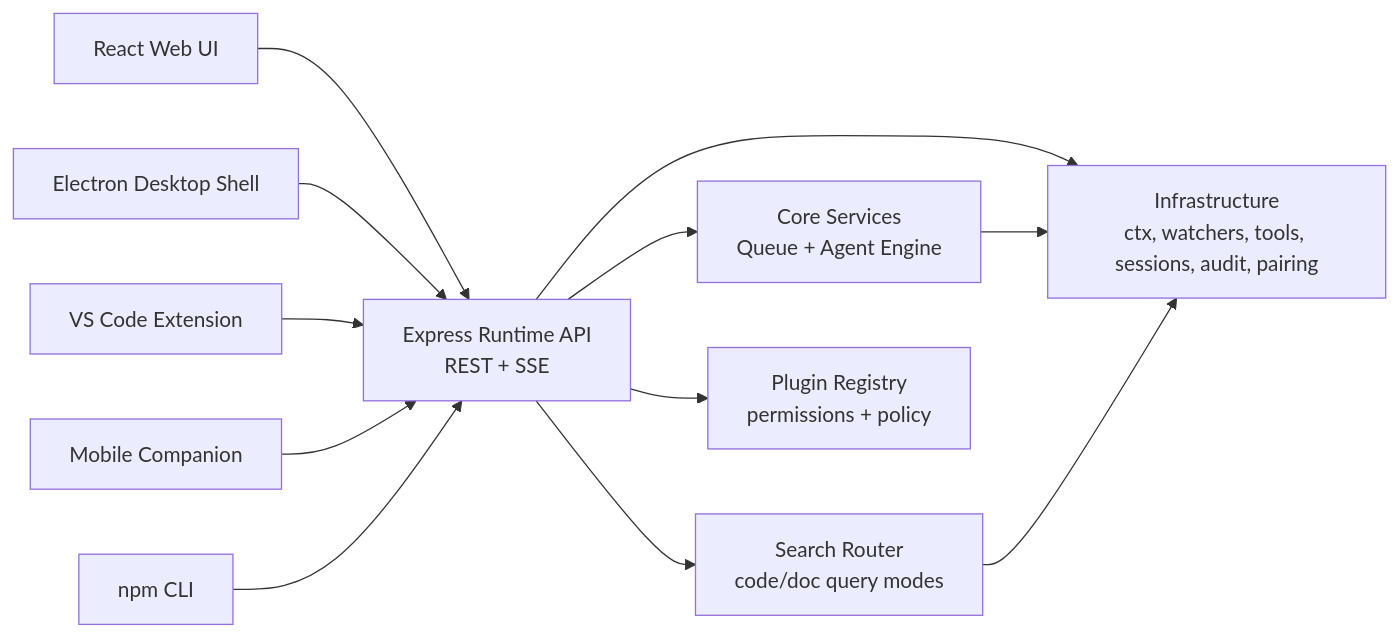
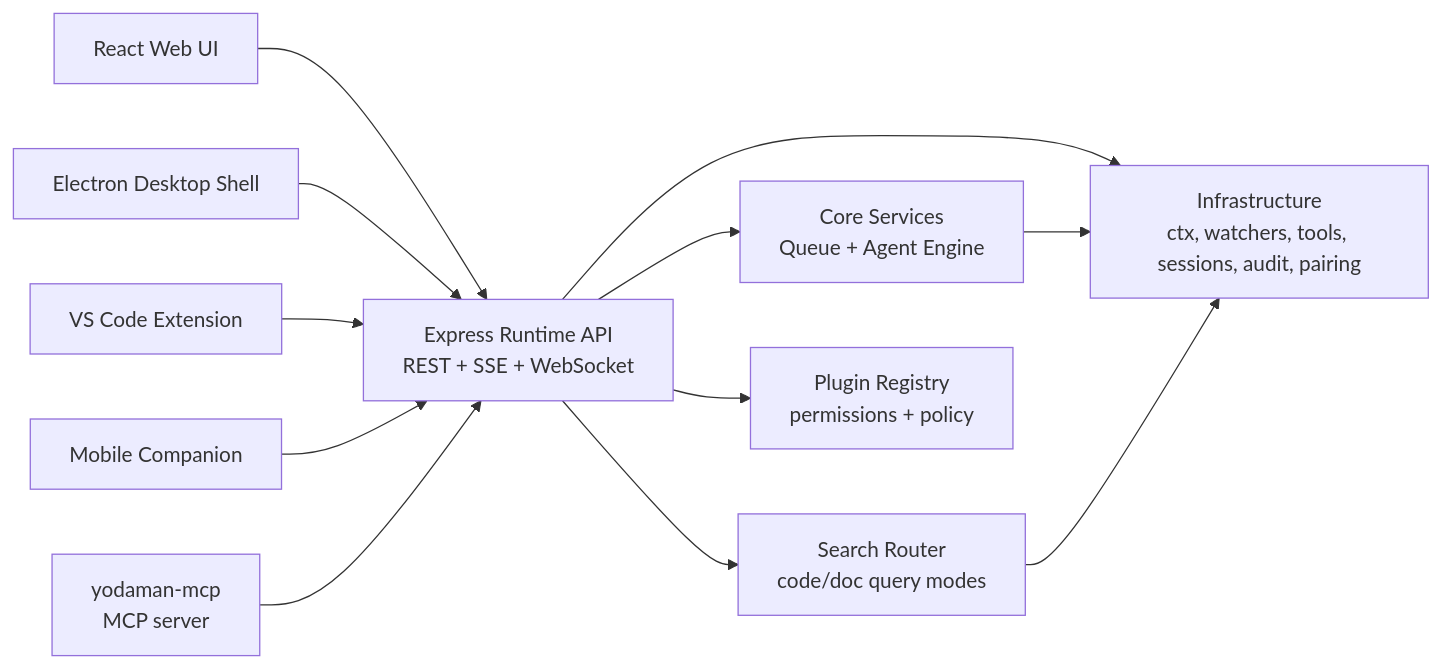
Before and after one commit to Yoda-Man/yodaman: the first of 2 diagrams in docs/architecture/ecosystem-architecture.md, drawn with Mermaid. The commit also changed other lines of this file and 58 other files, not shown here.

````diff
--- a/docs/architecture/ecosystem-architecture.md
+++ b/docs/architecture/ecosystem-architecture.md
@@ -24,26 +27,26 @@
 ```mermaid
 flowchart LR
     Web["React Web UI"]
     Desktop["Electron Desktop Shell"]
     VSCode["VS Code Extension"]
     Mobile["Mobile Companion"]
-    CLI["npm CLI"]
+    MCP["yodaman-mcp<br/>MCP server"]
 
-    API["Express Runtime API<br/>REST + SSE"]
+    API["Express Runtime API<br/>REST + SSE + WebSocket"]
     Core["Core Services<br/>Queue + Agent Engine"]
     Infra["Infrastructure<br/>ctx, watchers, tools, sessions, audit, pairing"]
     Search["Search Router<br/>code/doc query modes"]
     Plugins["Plugin Registry<br/>permissions + policy"]
 
     Web --> API
     Desktop --> API
     VSCode --> API
     Mobile --> API
-    CLI --> API
+    MCP --> API
     API --> Core
     API --> Search
     API --> Infra
     API --> Plugins
     Core --> Infra
     Search --> Infra
 ```
````
